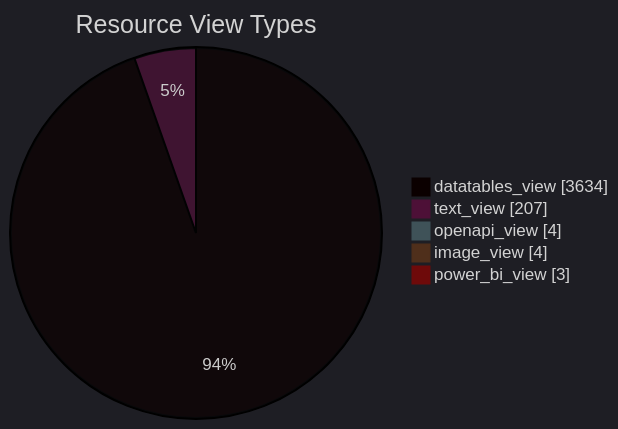
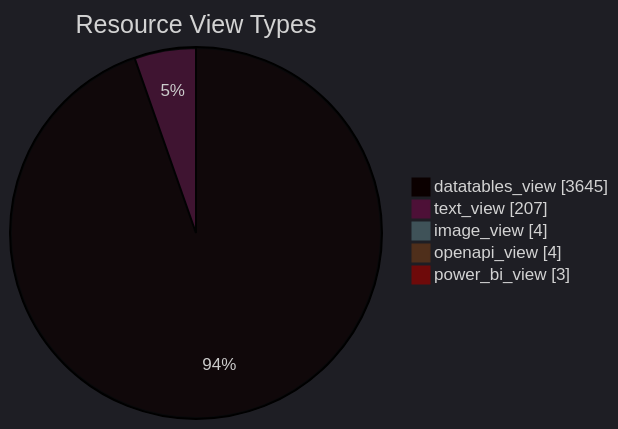
One commit to open-data/analytics-corporate-reporting changed the diagram in datastore_tracker/resource_view_types_pie_chart.md. Above: the diagram before and after it, drawn with Mermaid. The commit also changed 9 other files, not shown here.

````diff
--- a/datastore_tracker/resource_view_types_pie_chart.md
+++ b/datastore_tracker/resource_view_types_pie_chart.md
@@ -2,12 +2,12 @@
 ```mermaid
 ---
 config:
   theme: dark
 ---
 pie showData title Resource View Types
-    "datatables_view": 3634
+    "datatables_view": 3645
     "text_view": 207
+    "image_view": 4
     "openapi_view": 4
-    "image_view": 4
     "power_bi_view": 3
 ```
````
